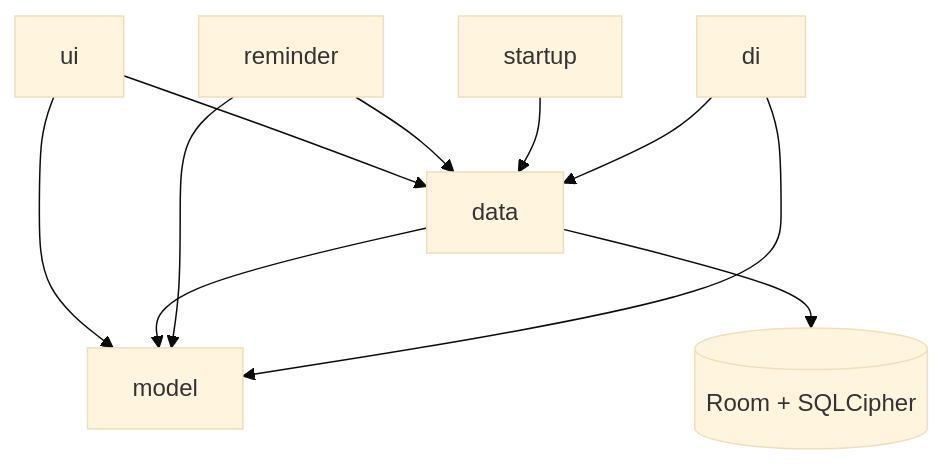
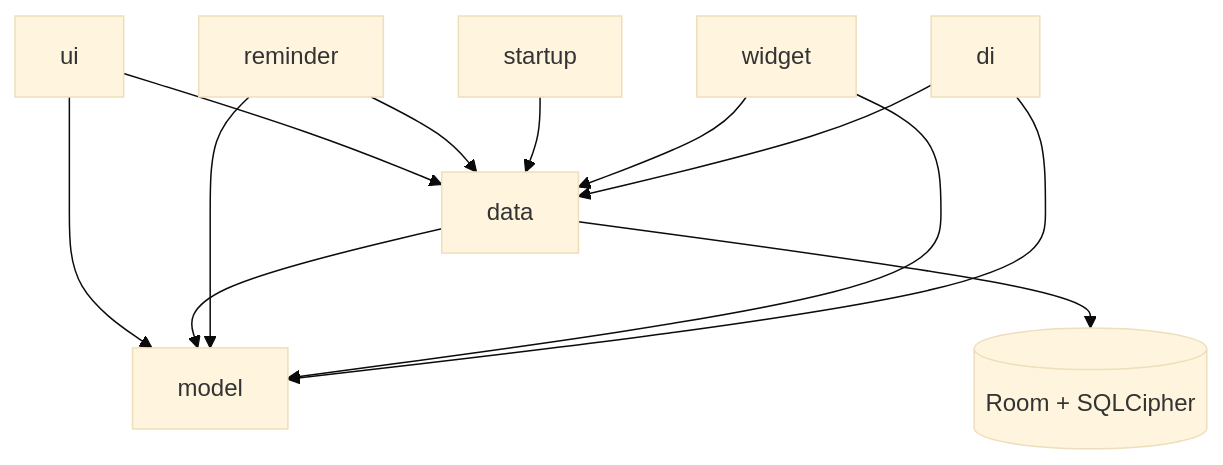
The diagram in docs/architecture.md (mkx173/Featherline), drawn with Mermaid (base theme) before and after one commit. The commit also changed other lines of this file and 12 other files, not shown here.

````diff
--- a/docs/architecture.md
+++ b/docs/architecture.md
@@ -11,12 +11,14 @@
 ```mermaid
 graph TD
   ui --> data
   ui --> model
   data --> model
   data --> local[(Room + SQLCipher)]
   reminder --> data
   reminder --> model
   startup --> data
+  widget --> data
+  widget --> model
   di --> data
   di --> model
 ```
````
